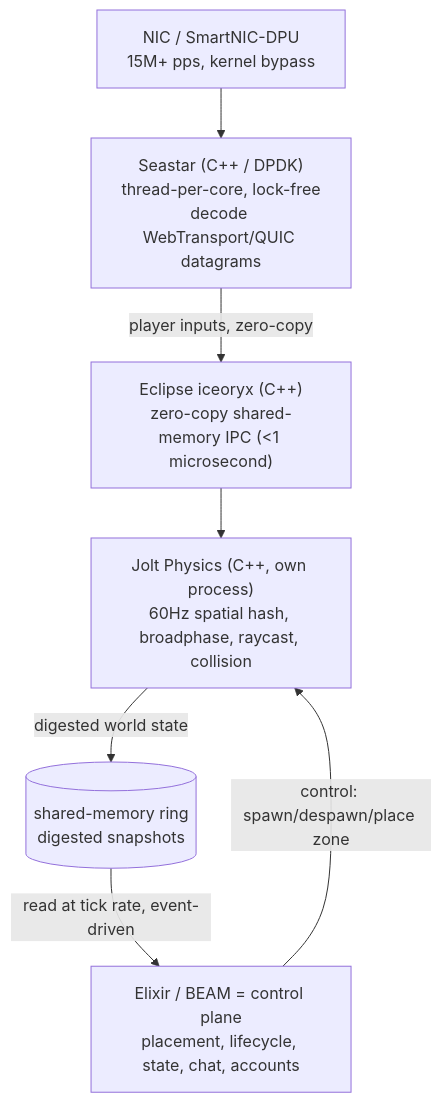
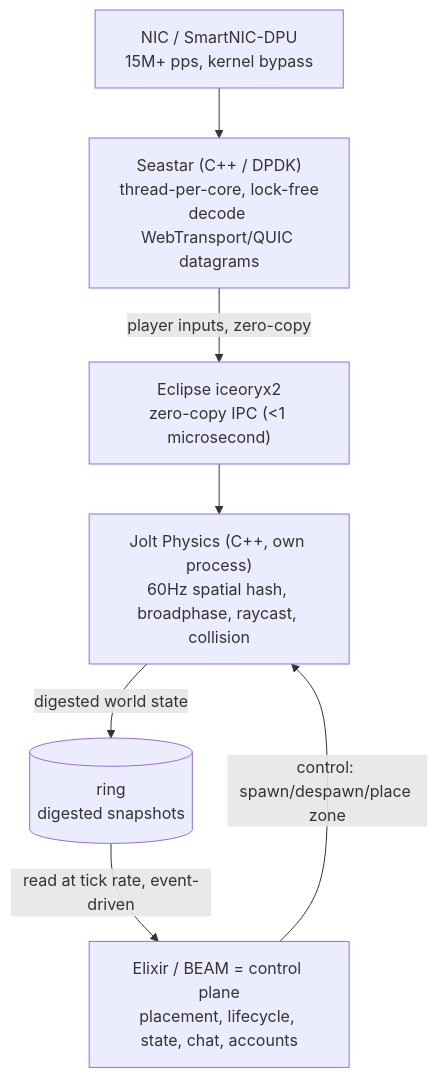
One commit to v-sekai-multiplayer-fabric/weft changed the diagram in docs/data-plane.md. Above: the diagram before and after it, drawn with Mermaid. The commit also changed other lines of this file and 3 other files, not shown here.

````diff
--- a/docs/data-plane.md
+++ b/docs/data-plane.md
@@ -19,16 +19,16 @@
 ```mermaid
 flowchart TD
     NIC["NIC / SmartNIC-DPU<br/>15M+ pps, kernel bypass"]
     Seastar["Seastar (C++ / DPDK)<br/>thread-per-core, lock-free<br/>decode WebTransport/QUIC datagrams"]
-    Iceoryx["Eclipse iceoryx (C++)<br/>zero-copy shared-memory IPC (&lt;1 microsecond)"]
+    Iceoryx["Eclipse iceoryx2<br/>zero-copy IPC (&lt;1 microsecond)"]
     Jolt["Jolt Physics (C++, own process)<br/>60Hz spatial hash, broadphase, raycast, collision"]
-    Ring[("shared-memory ring<br/>digested snapshots")]
+    Ring[("ring<br/>digested snapshots")]
     BEAM["Elixir / BEAM = control plane<br/>placement, lifecycle, state, chat, accounts"]
 
     NIC --> Seastar
     Seastar -->|"player inputs, zero-copy"| Iceoryx
     Iceoryx --> Jolt
     Jolt -->|"digested world state"| Ring
     Ring -->|"read at tick rate, event-driven"| BEAM
     BEAM -->|"control: spawn/despawn/place zone"| Jolt
 ```
````
